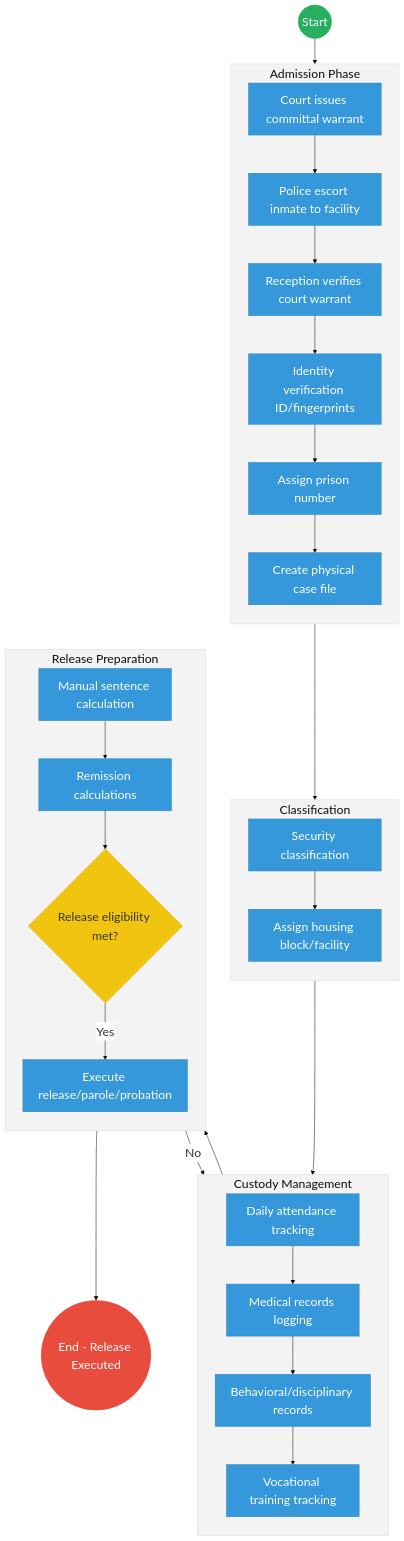
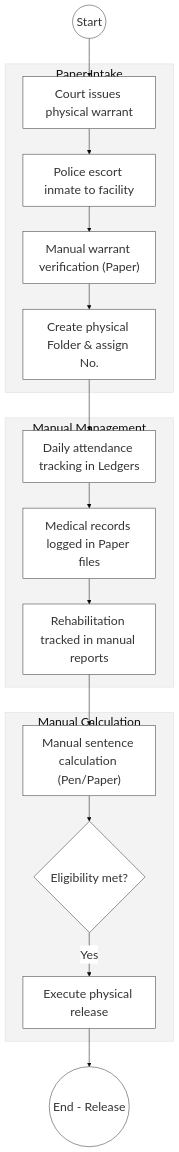
Before and after one commit to BITZ-IT-Consulting-LTD/ictapoc: the first of 2 diagrams in mdas/docs_final/priority_mdas/STATE_DEPARTMENT_FOR_CORRECTIONAL_SERVICES___Service_Delivery.md, drawn with Mermaid. The commit also changed other lines of this file and 37 other files, not shown here.

````diff
--- a/mdas/docs_final/priority_mdas/STATE_DEPARTMENT_FOR_CORRECTIONAL_SERVICES___Service_Delivery.md
+++ b/mdas/docs_final/priority_mdas/STATE_DEPARTMENT_FOR_CORRECTIONAL_SERVICES___Service_Delivery.md
@@ -34,75 +77,25 @@
 ```mermaid
 %%{init: { 'theme': 'base', 'themeVariables': { 'fontSize': '24px', 'fontFamily': 'Inter, system-ui, sans-serif', 'primaryColor': '#ffffff', 'edgeLabelBackground':'#ffffff', 'tertiaryColor': '#f3f3f3', 'mainBkg': '#ffffff', 'nodeBorder': '#333333' } } }%%
 flowchart TD
-    %% Events
-    Start((Start))
-    EndProcess(("End - Release Executed"))
-
-    subgraph Admission["Admission Phase"]
-        direction TB
-        IssueWarrant["Court issues committal warrant"]
-        Escort["Police escort inmate to facility"]
-        VerifyWarrant["Reception verifies court warrant"]
-        VerifyID["Identity verification ID/fingerprints"]
-        AssignNo["Assign prison number"]
-        CreateFile["Create physical case file"]
+    Start((Start)) --> IssueWarrant["Court issues physical warrant"]
+    
+    subgraph Admission_Silo["Paper Intake"]
+        IssueWarrant --> Escort["Police escort inmate to facility"]
+        Escort --> VerifyWarrant["Manual warrant verification (Paper)"]
+        VerifyWarrant --> CreateFile["Create physical Folder & assign No."]
     end
 
-    subgraph Classification [Classification]
-        direction TB
-        Classify["Security classification"]
-        AssignBlock["Assign housing block/facility"]
+    subgraph Custody_Phase["Manual Management"]
+        CreateFile --> DailyTrack["Daily attendance tracking in Ledgers"]
+        DailyTrack --> MedLogs["Medical records logged in Paper files"]
+        MedLogs --> VocTrack["Rehabilitation tracked in manual reports"]
     end
 
-    subgraph Custody["Custody Management"]
-        direction TB
-        DailyTrack["Daily attendance tracking"]
-        MedLogs["Medical records logging"]
-        BehavLogs["Behavioral/disciplinary records"]
-        VocTrack["Vocational training tracking"]
+    subgraph Release_Unit["Manual Calculation"]
+        VocTrack --> CalcSent["Manual sentence calculation (Pen/Paper)"]
+        CalcSent --> EligGateway{"Eligibility met?"}
+        EligGateway -- "Yes" --> ExecRelease["Execute physical release"]
     end
 
-    subgraph Release["Release Preparation"]
-        direction TB
-        CalcSent["Manual sentence calculation"]
-        CalcRem["Remission calculations"]
-        EligGateway{"Release eligibility met?"}
-        ExecRelease["Execute release/parole/probation"]
-    end
-
-    %% Flow connections
-    Start --> IssueWarrant
-    IssueWarrant --> Escort
-    Escort --> VerifyWarrant
-    VerifyWarrant --> VerifyID
-    VerifyID --> AssignNo
-    AssignNo --> CreateFile
-    
-    CreateFile --> Classify
-    Classify --> AssignBlock
-    
-    AssignBlock --> DailyTrack
-    DailyTrack --> MedLogs
-    MedLogs --> BehavLogs
-    BehavLogs --> VocTrack
-    
-    VocTrack --> CalcSent
-    CalcSent --> CalcRem
-    CalcRem --> EligGateway
-    
-    EligGateway -- "No" --> DailyTrack
-    EligGateway -- "Yes" --> ExecRelease
-    
-    ExecRelease --> EndProcess
-
-    %% Styling
-    classDef startEvent fill:#27ae60,stroke:#27ae60,color:#fff,font-size:24px,font-size:24px;;
-    classDef endEvent fill:#e74c3c,stroke:#e74c3c,color:#fff,font-size:24px,font-size:24px;;
-    classDef userTask fill:#3498db,stroke:#2980b9,color:#fff,font-size:24px,font-size:24px;;
-    classDef gateway fill:#f1c40f,stroke:#f39c12,color:#333,font-size:24px,font-size:24px;;
-    
-    class Start startEvent;
-    class EndProcess endEvent;
-    class EligGateway gateway;
-    class IssueWarrant,Escort,VerifyWarrant,VerifyID,AssignNo,CreateFile,Classify,AssignBlock,DailyTrack,MedLogs,BehavLogs,VocTrack,CalcSent,CalcRem,ExecRelease userTask;
+    ExecRelease --> EndProcess(("End - Release"))
 ```
````
